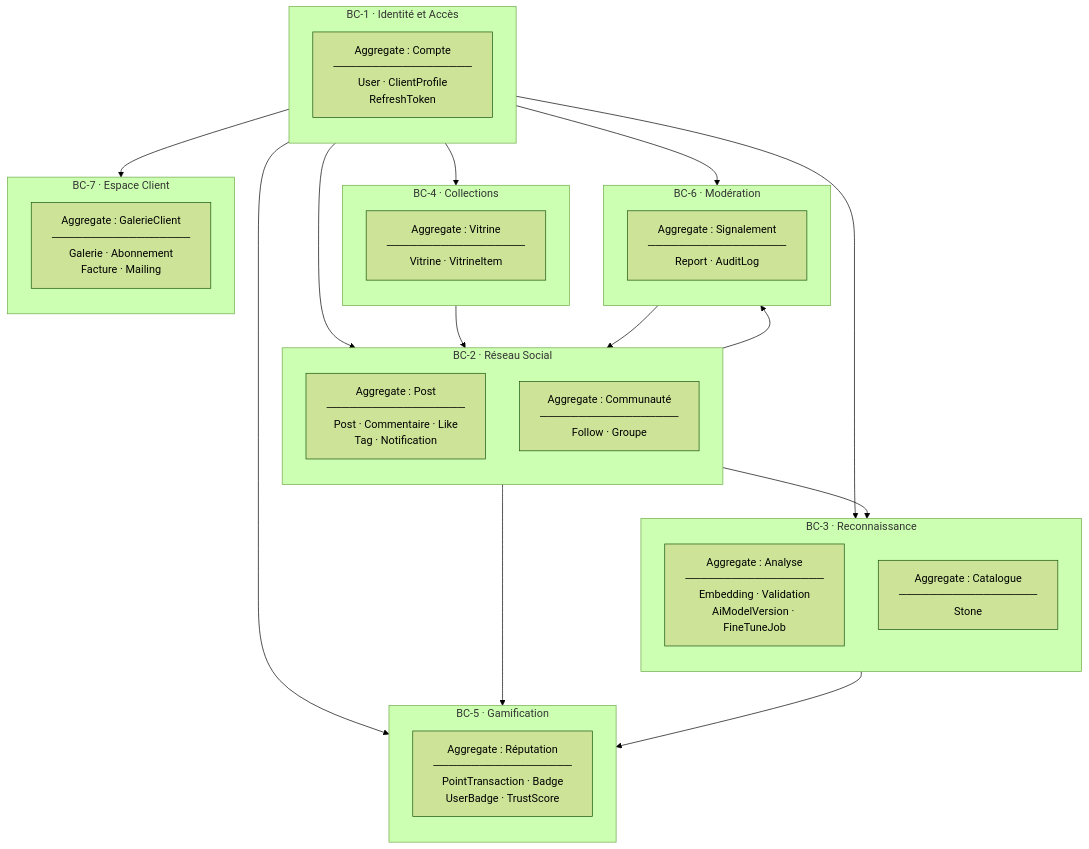
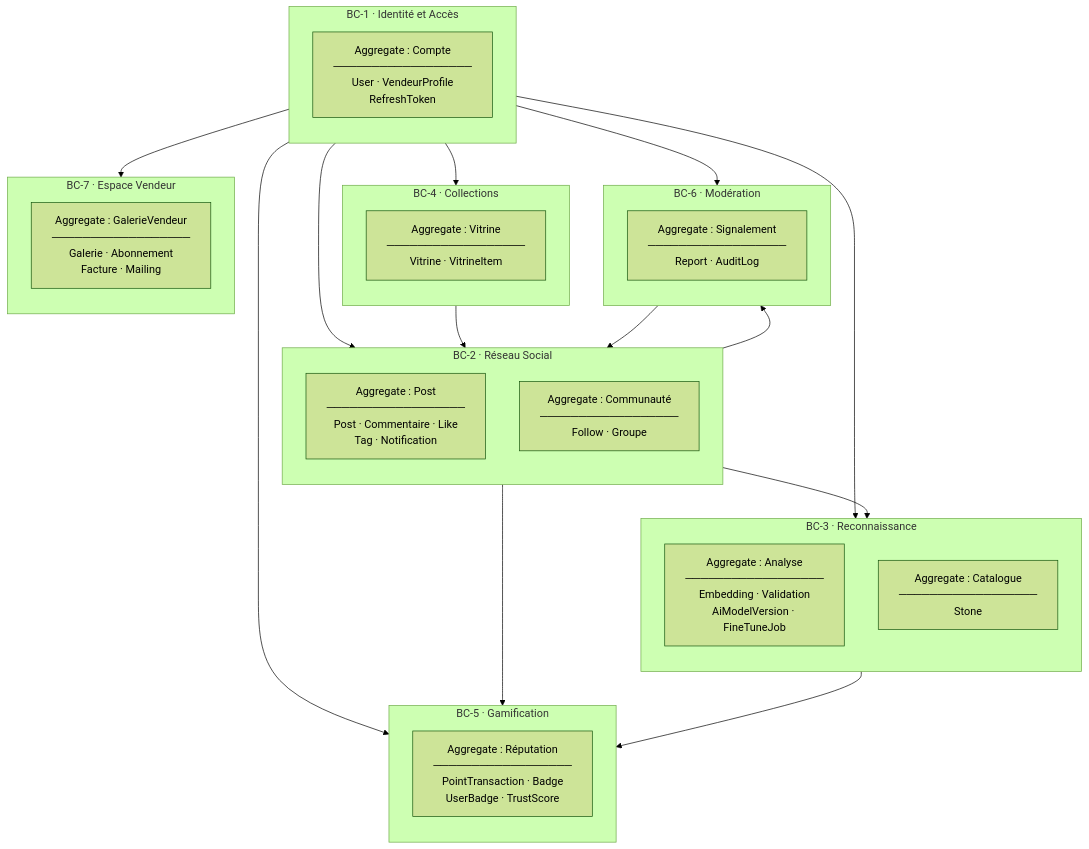
One commit to Gaetan1303/GemLink changed the first of 3 diagrams in doc/domaine métier.md. Above: the diagram before and after it, drawn with Mermaid (forest theme). The commit also changed other lines of this file and 23 other files, not shown here.

````diff
--- a/doc/domaine métier.md
+++ b/doc/domaine métier.md
@@ -75,52 +75,52 @@
 ```mermaid
 graph TB
     subgraph BC1["BC-1 · Identité et Accès"]
         direction TB
-        A1["Aggregate : Compte\n──────────────────\nUser · ClientProfile\nRefreshToken"]
+        A1["Aggregate : Compte\n──────────────────\nUser · VendeurProfile\nRefreshToken"]
     end
 
     subgraph BC2["BC-2 · Réseau Social"]
         direction TB
         A2["Aggregate : Post\n──────────────────\nPost · Commentaire · Like\nTag · Notification"]
         A3["Aggregate : Communauté\n──────────────────\nFollow · Groupe"]
     end
 
     subgraph BC3["BC-3 · Reconnaissance"]
         direction TB
         A4["Aggregate : Analyse\n──────────────────\nEmbedding · Validation\nAiModelVersion · FineTuneJob"]
         A5["Aggregate : Catalogue\n──────────────────\nStone"]
     end
 
     subgraph BC4["BC-4 · Collections"]
         direction TB
         A6["Aggregate : Vitrine\n──────────────────\nVitrine · VitrineItem"]
     end
 
     subgraph BC5["BC-5 · Gamification"]
         direction TB
         A7["Aggregate : Réputation\n──────────────────\nPointTransaction · Badge\nUserBadge · TrustScore"]
     end
 
     subgraph BC6["BC-6 · Modération"]
         direction TB
         A8["Aggregate : Signalement\n──────────────────\nReport · AuditLog"]
     end
 
-    subgraph BC7["BC-7 · Espace Client"]
+    subgraph BC7["BC-7 · Espace Vendeur"]
         direction TB
-        A9["Aggregate : GalerieClient\n──────────────────\nGalerie · Abonnement\nFacture · Mailing"]
+        A9["Aggregate : GalerieVendeur\n──────────────────\nGalerie · Abonnement\nFacture · Mailing"]
     end
 
     BC1 --> BC2
     BC1 --> BC3
     BC1 --> BC4
     BC1 --> BC5
     BC1 --> BC6
     BC1 --> BC7
     BC2 --> BC3
     BC2 --> BC5
     BC2 --> BC6
     BC3 --> BC5
     BC4 --> BC2
     BC6 --> BC2
 ```
````
